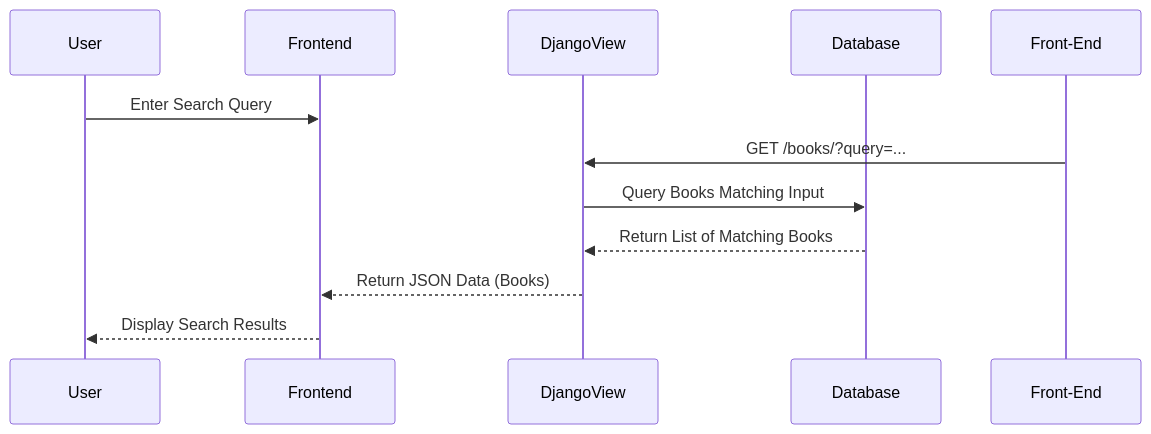
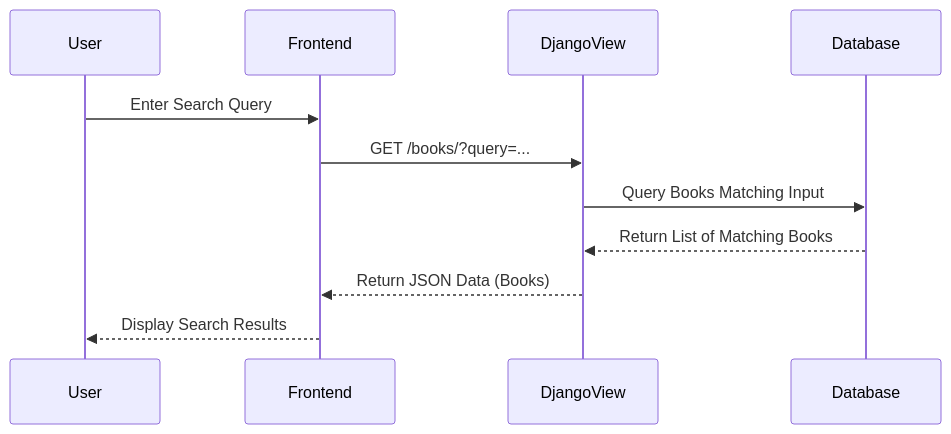
One commit to JorreJ/holbertonschool-portfolio changed the fifth of 5 diagrams in README.md. Above: the diagram before and after it, drawn with Mermaid. The commit also changed other lines of this file, not shown here.

````diff
--- a/README.md
+++ b/README.md
@@ -113,14 +114,14 @@
 ```mermaid
 sequenceDiagram
   participant User
   participant Frontend
   participant DjangoView
   participant Database
 
   User->>Frontend: Enter Search Query
-  Front-End->>DjangoView: GET /books/?query=...
+  Frontend->>DjangoView: GET /books/?query=...
   DjangoView->>Database: Query Books Matching Input
   Database-->>DjangoView: Return List of Matching Books
   DjangoView-->>Frontend: Return JSON Data (Books)
   Frontend-->>User: Display Search Results
 ```
````
